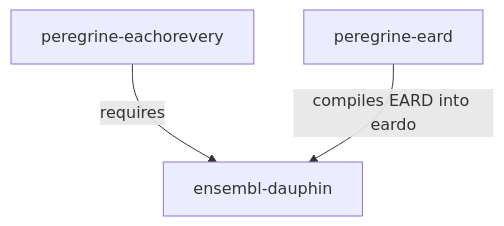
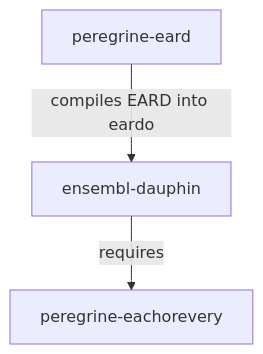
The second of 2 diagrams in readme.md (Ensembl/ensembl-dauphin-style-compiler), drawn with Mermaid before and after one commit. The commit also changed other lines of this file, not shown here.

````diff
--- a/readme.md
+++ b/readme.md
@@ -68,6 +68,5 @@
 ```mermaid
 graph TD
-  eachorevery[peregrine-eachorevery] -- requires --> browser[ensembl-dauphin] 
-  
+  browser[ensembl-dauphin] -- requires --> eachorevery[peregrine-eachorevery] 
   eard[peregrine-eard] -- compiles EARD into eardo --> browser
 ```
````
